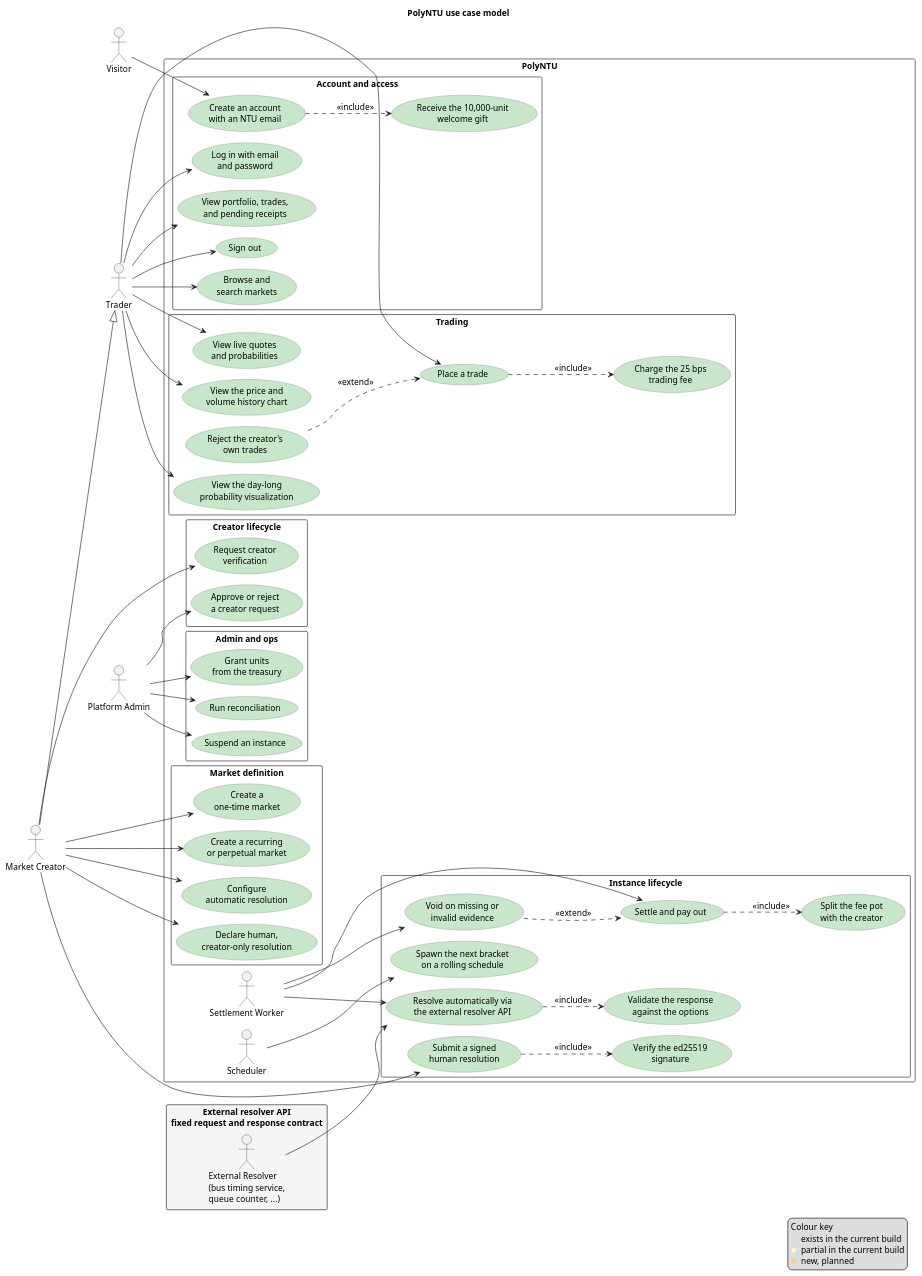
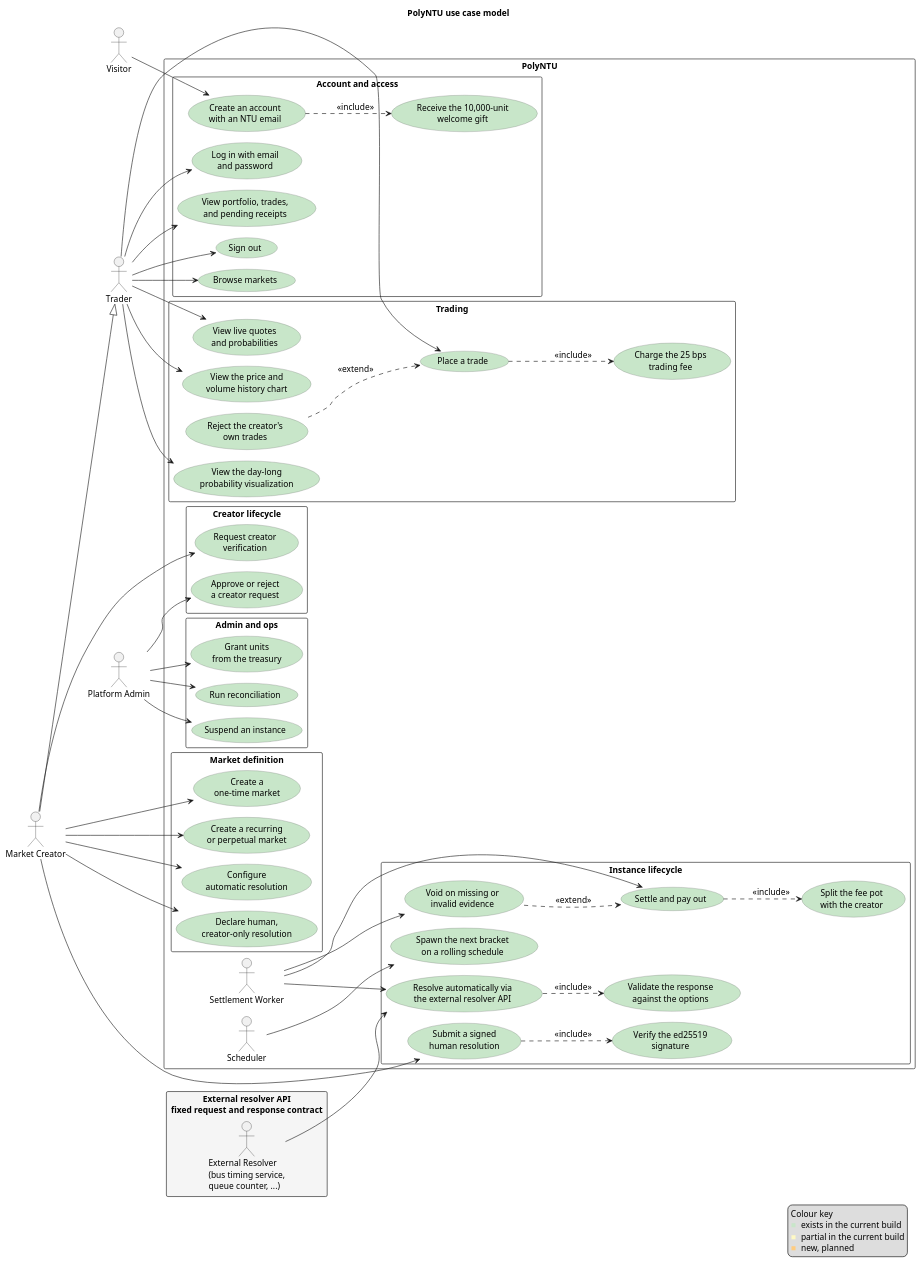
One commit to sagar2377/PolyNTU changed the diagram in docs/diagrams/use-case.puml. Above: the diagram before and after it, drawn with PlantUML. The commit also changed 3 other files, not shown here.

```diff
--- a/docs/diagrams/use-case.puml
+++ b/docs/diagrams/use-case.puml
@@ -1,116 +1,116 @@
 @startuml
 !pragma layout smetana
 left to right direction
 skinparam packageStyle rectangle
 skinparam shadowing false
 skinparam defaultFontSize 14
 skinparam usecaseBorderColor #7A7A7A
 skinparam arrowFontSize 14
 skinparam legendFontSize 14
 title PolyNTU use case model
 
 actor Visitor
 actor Trader
 actor "Market Creator" as Creator
 Creator --|> Trader
 actor "Platform Admin" as Admin
 
 rectangle "PolyNTU" {
   actor "Scheduler" as Scheduler
   actor "Settlement Worker" as Worker
 
   package "Account and access" {
     usecase "Create an account\nwith an NTU email" as UC1 #C8E6C9
     usecase "Log in with email\nand password" as UC2 #C8E6C9
     usecase "Sign out" as UC25 #C8E6C9
     usecase "Receive the 10,000-unit\nwelcome gift" as UC3 #C8E6C9
     usecase "View portfolio, trades,\nand pending receipts" as UC4 #C8E6C9
-    usecase "Browse and\nsearch markets" as UC5 #C8E6C9
+    usecase "Browse markets" as UC5 #C8E6C9
   }
 
   package "Creator lifecycle" {
     usecase "Request creator\nverification" as UC6 #C8E6C9
     usecase "Approve or reject\na creator request" as UC7 #C8E6C9
   }
 
   package "Market definition" {
     usecase "Create a\none-time market" as UC8 #C8E6C9
     usecase "Create a recurring\nor perpetual market" as UC9 #C8E6C9
     usecase "Configure\nautomatic resolution" as UC10 #C8E6C9
     usecase "Declare human,\ncreator-only resolution" as UC11 #C8E6C9
   }
 
   package "Instance lifecycle" {
     usecase "Spawn the next bracket\non a rolling schedule" as UC12 #C8E6C9
     usecase "Resolve automatically via\nthe external resolver API" as UC13 #C8E6C9
     usecase "Validate the response\nagainst the options" as UC13a #C8E6C9
     usecase "Submit a signed\nhuman resolution" as UC14 #C8E6C9
     usecase "Verify the ed25519\nsignature" as UC14a #C8E6C9
     usecase "Settle and pay out" as UC15 #C8E6C9
     usecase "Split the fee pot\nwith the creator" as UC16 #C8E6C9
     usecase "Void on missing or\ninvalid evidence" as UC17 #C8E6C9
   }
 
   package "Trading" {
     usecase "View live quotes\nand probabilities" as UC18 #C8E6C9
     usecase "View the price and\nvolume history chart" as UC19 #C8E6C9
     usecase "Place a trade" as UC20 #C8E6C9
     usecase "Charge the 25 bps\ntrading fee" as UC20a #C8E6C9
     usecase "Reject the creator's\nown trades" as UC20b #C8E6C9
     usecase "View the day-long\nprobability visualization" as UC21 #C8E6C9
   }
 
   package "Admin and ops" {
     usecase "Suspend an instance" as UC22 #C8E6C9
     usecase "Grant units\nfrom the treasury" as UC23 #C8E6C9
     usecase "Run reconciliation" as UC24 #C8E6C9
   }
 }
 
 rectangle "External resolver API\nfixed request and response contract" as ResolverBoundary #F5F5F5 {
   actor "External Resolver\n(bus timing service,\nqueue counter, ...)" as Resolver
 }
 
 Visitor --> UC1
 Trader --> UC2
 Trader --> UC25
 Trader --> UC4
 Trader --> UC5
 Trader --> UC18
 Trader --> UC19
 Trader --> UC20
 Trader --> UC21
 
 Creator --> UC6
 Creator --> UC8
 Creator --> UC9
 Creator --> UC10
 Creator --> UC11
 Creator --> UC14
 
 Admin --> UC7
 Admin --> UC22
 Admin --> UC23
 Admin --> UC24
 
 Scheduler --> UC12
 Worker --> UC13
 Worker --> UC15
 Worker --> UC17
 Resolver --> UC13
 
 UC1 ..> UC3 : <<include>>
 UC13 ..> UC13a : <<include>>
 UC14 ..> UC14a : <<include>>
 UC15 ..> UC16 : <<include>>
 UC20 ..> UC20a : <<include>>
 UC17 ..> UC15 : <<extend>>
 UC20b ..> UC20 : <<extend>>
 
 legend right
   Colour key
   <color:#C8E6C9>■</color> exists in the current build
   <color:#FFF9C4>■</color> partial in the current build
   <color:#FFCC80>■</color> new, planned
 endlegend
 @enduml
```
